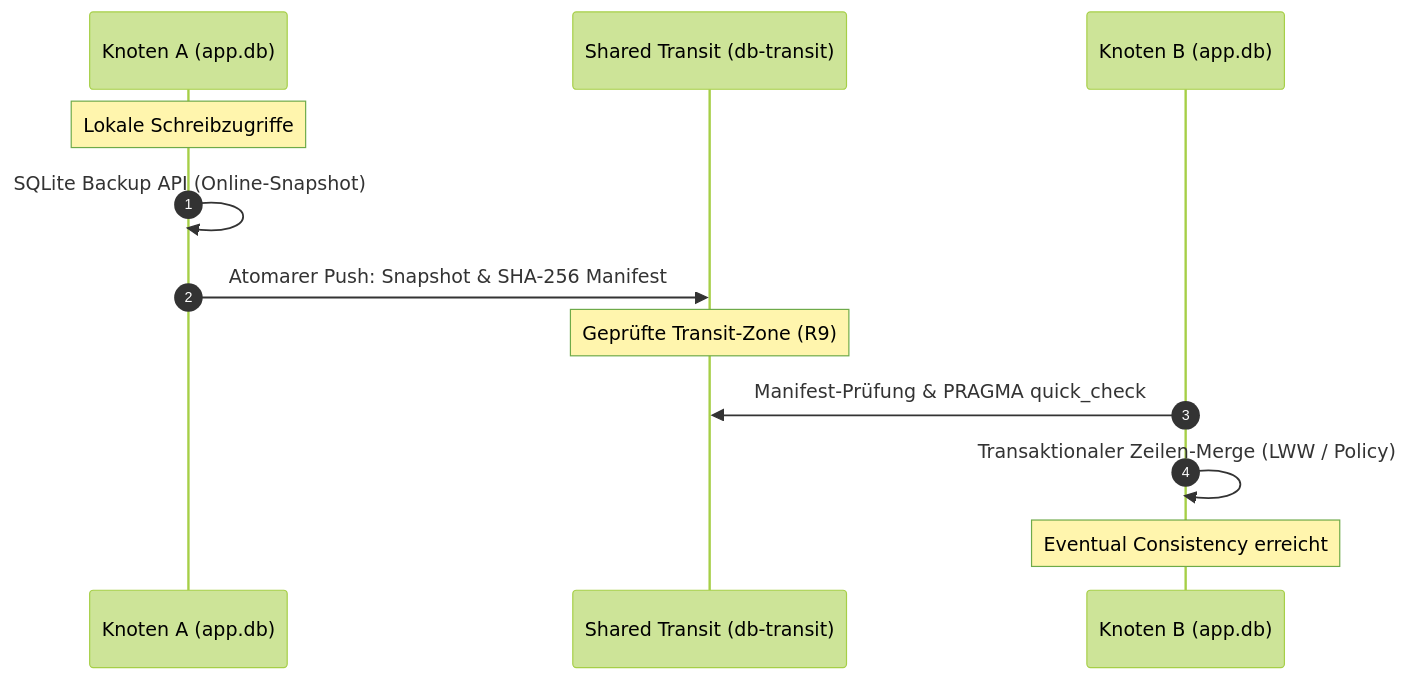
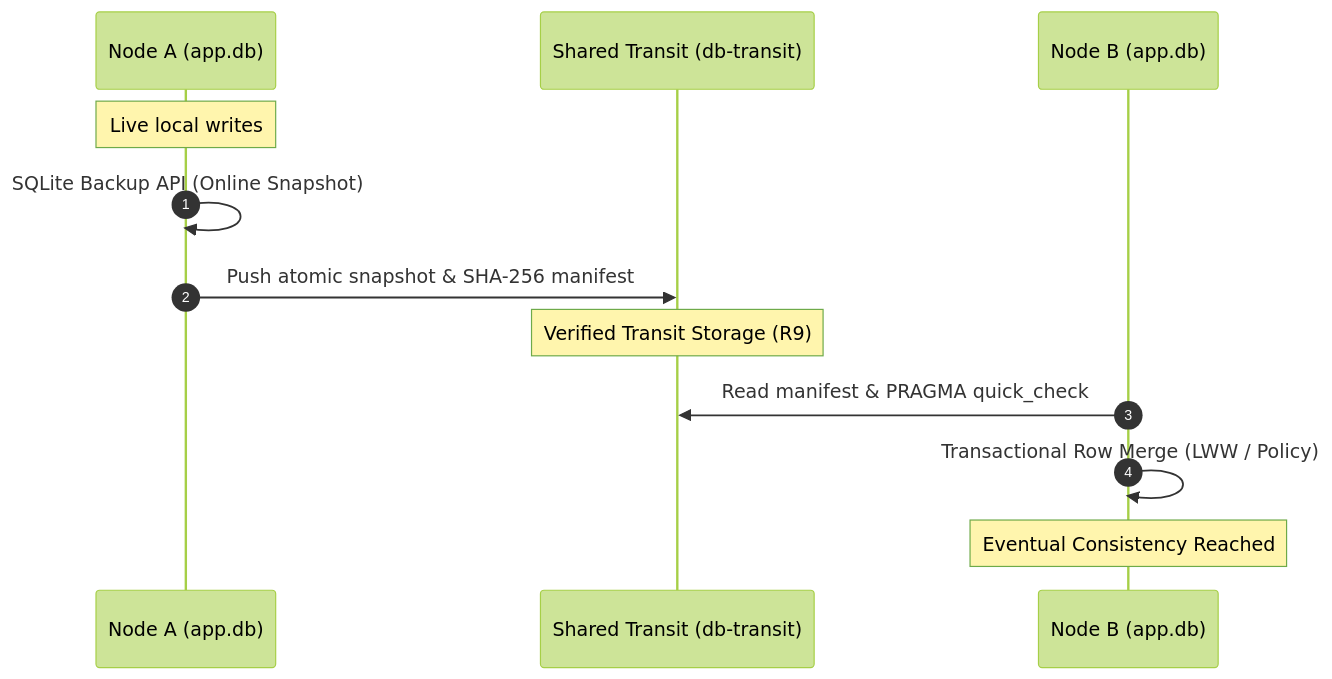
Before and after one commit to dev-bricks/sqlite-transit-sync: the diagram in README_de.md, drawn with Mermaid (forest theme). The commit also changed other lines of this file and 1 other file, not shown here.

````diff
--- a/README_de.md
+++ b/README_de.md
@@ -33,15 +36,15 @@
 ```mermaid
 sequenceDiagram
     autonumber
-    participant NodeA as Knoten A (app.db)
+    participant NodeA as Node A (app.db)
     participant Transit as Shared Transit (db-transit)
-    participant NodeB as Knoten B (app.db)
+    participant NodeB as Node B (app.db)
 
-    Note over NodeA: Lokale Schreibzugriffe
-    NodeA->>NodeA: SQLite Backup API (Online-Snapshot)
-    NodeA->>Transit: Atomarer Push: Snapshot & SHA-256 Manifest
-    Note over Transit: Geprüfte Transit-Zone (R9)
-    NodeB->>Transit: Manifest-Prüfung & PRAGMA quick_check
-    NodeB->>NodeB: Transaktionaler Zeilen-Merge (LWW / Policy)
-    Note over NodeB: Eventual Consistency erreicht
+    Note over NodeA: Live local writes
+    NodeA->>NodeA: SQLite Backup API (Online Snapshot)
+    NodeA->>Transit: Push atomic snapshot & SHA-256 manifest
+    Note over Transit: Verified Transit Storage (R9)
+    NodeB->>Transit: Read manifest & PRAGMA quick_check
+    NodeB->>NodeB: Transactional Row Merge (LWW / Policy)
+    Note over NodeB: Eventual Consistency Reached
 ```
````
